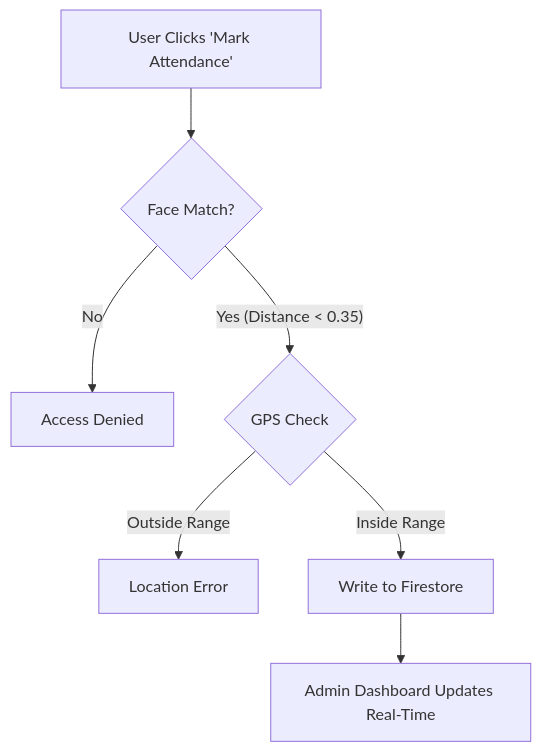
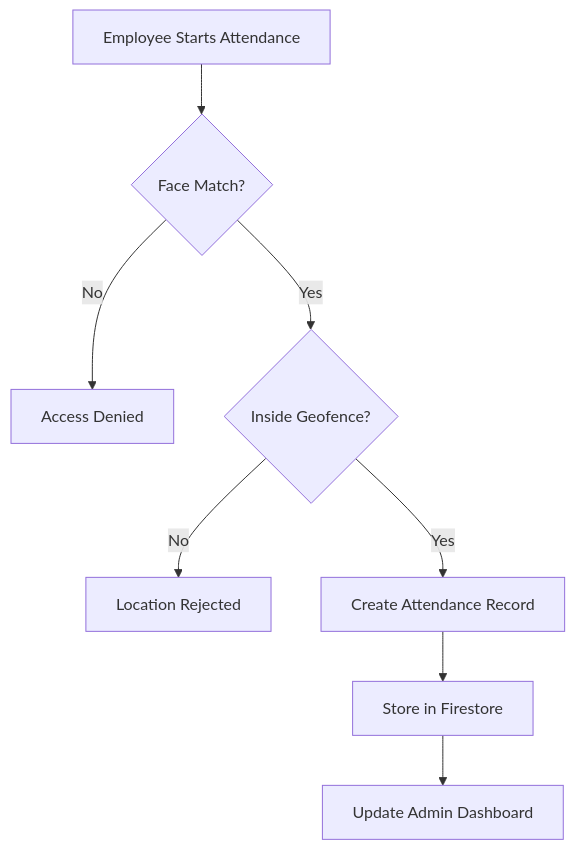
One commit to iaaryans/pratykasha changed the diagram in README.md. Above: the diagram before and after it, drawn with Mermaid. The commit also changed other lines of this file, not shown here.

````diff
--- a/README.md
+++ b/README.md
@@ -64,9 +163,10 @@
 ```mermaid
 graph TD
-    A[User Clicks 'Mark Attendance'] --> B{Face Match?}
+    A[Employee Starts Attendance] --> B{Face Match?}
     B -- No --> C[Access Denied]
-    B -- Yes (Distance < 0.35) --> D{GPS Check}
-    D -- Outside Range --> E[Location Error]
-    D -- Inside Range --> F[Write to Firestore]
-    F --> G[Admin Dashboard Updates Real-Time]
+    B -- Yes --> D{Inside Geofence?}
+    D -- No --> E[Location Rejected]
+    D -- Yes --> F[Create Attendance Record]
+    F --> G[Store in Firestore]
+    G --> H[Update Admin Dashboard]
 ```
````
